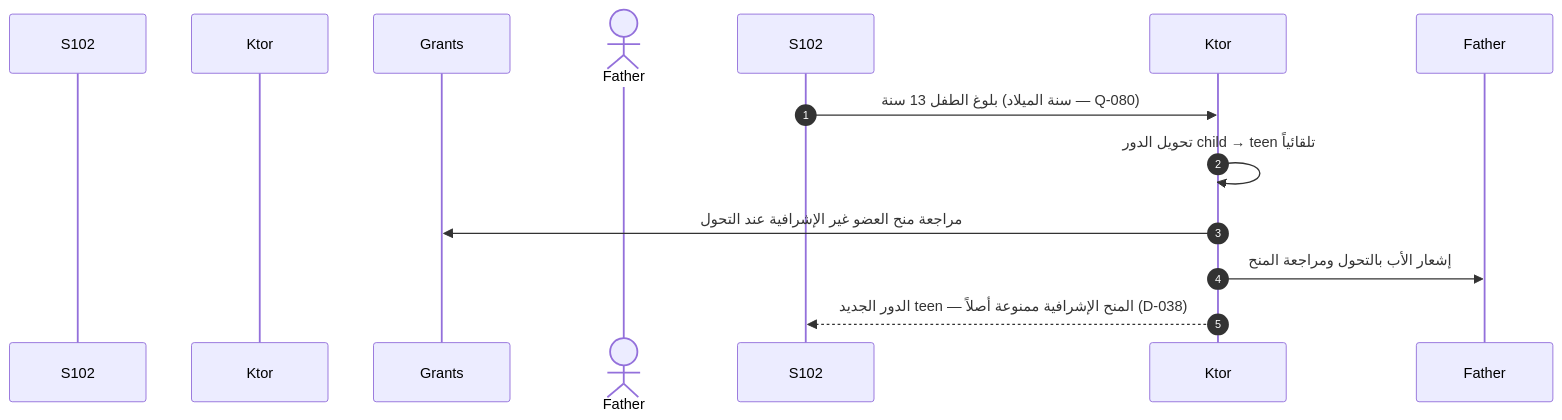
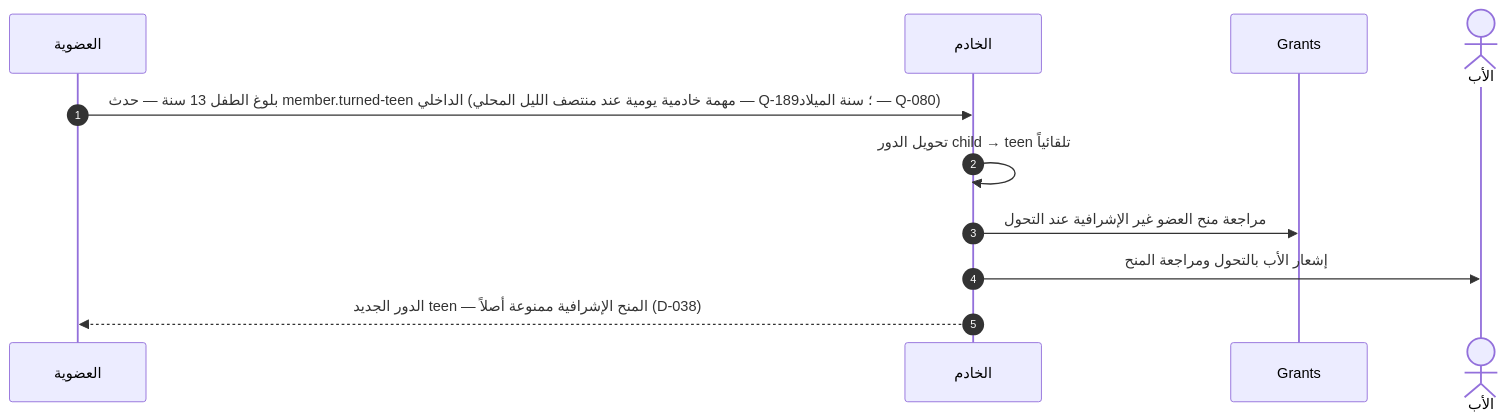
Before and after one commit to Bassam-mohammed-alqaeadi/family-os-v2: the eighth of 13 diagrams in docs/family-os/governance/phases/phase-1/S1-03-family-roles-and-permissions/DIAGRAMS.md, drawn with Mermaid. The commit also changed other lines of this file and 10 other files, not shown here.

Commit message:
إغلاق المراجعة الشاملة R1–R5 (Q-196…Q-231) — المخططات DIAGRAMS + خريطة السياق (2/4)

````diff
--- a/docs/family-os/governance/phases/phase-1/S1-03-family-roles-and-permissions/DIAGRAMS.md
+++ b/docs/family-os/governance/phases/phase-1/S1-03-family-roles-and-permissions/DIAGRAMS.md
@@ -325,13 +328,13 @@
 ```mermaid
 sequenceDiagram
     autonumber
-    participant العضوية as S102
-    participant الخادم as Ktor
+    participant S102 as العضوية
+    participant Ktor as الخادم
     participant المنح as Grants
-    actor الأب as Father
-    S102->>Ktor: بلوغ الطفل 13 سنة (سنة الميلاد — Q-080)
+    actor Father as الأب
+    S102->>Ktor: بلوغ الطفل 13 سنة — حدث member.turned-teen الداخلي (مهمة خادمية يومية عند منتصف الليل المحلي — Q-189؛ سنة الميلاد — Q-080)
     Ktor->>Ktor: تحويل الدور child → teen تلقائياً
     Ktor->>المنح: مراجعة منح العضو غير الإشرافية عند التحول
     Ktor->>Father: إشعار الأب بالتحول ومراجعة المنح
     Ktor-->>S102: الدور الجديد teen — المنح الإشرافية ممنوعة أصلاً (D-038)
 ```
````
